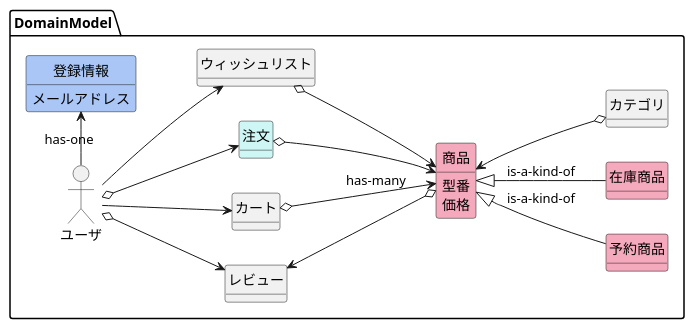
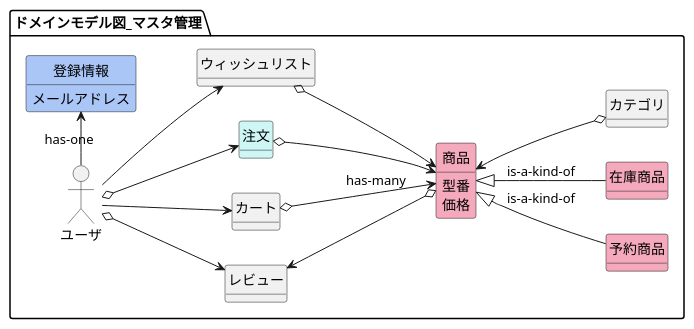
One commit to HaruShim/Sotuken changed the diagram in 各種設計書/1ドメインモデル図/ドメインモデル図_マスタ管理.wsd. Above: the diagram before and after it, drawn with PlantUML. The commit also changed 1 other file, not shown here.

```diff
--- a/各種設計書/1ドメインモデル図/ドメインモデル図_マスタ管理.wsd
+++ b/各種設計書/1ドメインモデル図/ドメインモデル図_マスタ管理.wsd
@@ -1,37 +1,37 @@
 @startuml domainmodel
 left to right direction
 
 hide circle
 hide method
 
-package DomainModel {
+package ドメインモデル図_マスタ管理 {
     class 商品 #F5A9BC
     class 予約商品 #F5A9BC
     class 在庫商品 #F5A9BC
     class カテゴリ
     class レビュー
     class カート
     class 注文 #CEF6F5
     class ウィッシュリスト
     class 登録情報 #A9C6F6
     mix_actor ユーザ
 
     商品 : 型番
     商品 : 価格
     登録情報 : メールアドレス
 
     ユーザ -> 登録情報 : has-one
     ユーザ --> カート
     カート o--> 商品 : has-many
     商品 <--o カテゴリ
     ユーザ o--> 注文
     注文 o--> 商品
     ユーザ --> ウィッシュリスト
     ウィッシュリスト o--> 商品
     ユーザ o--> レビュー
     レビュー <--o 商品
 
     商品 <|-- 予約商品 : is-a-kind-of
     商品 <|-- 在庫商品 : is-a-kind-of
 }
 @enduml
```
